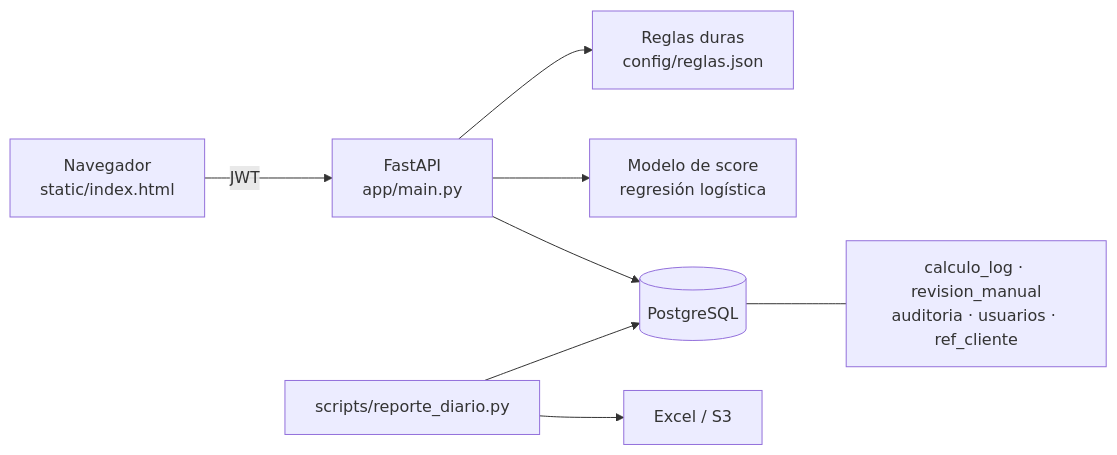
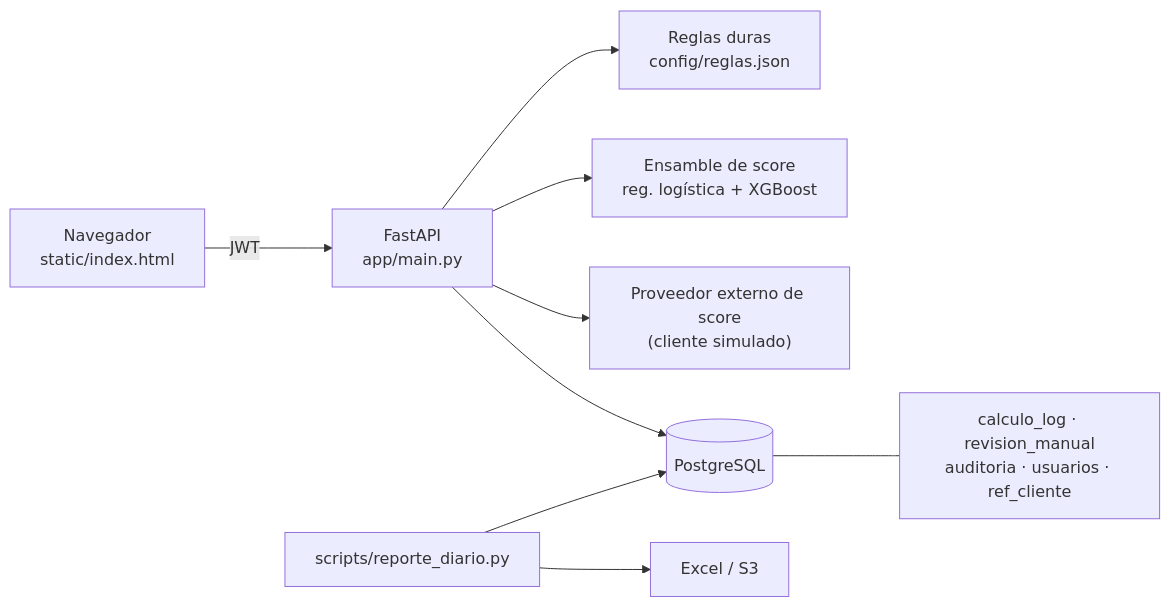
Before and after one commit to zikimoto-ds/calculadora-riesgo-demo: the diagram in README.md, drawn with Mermaid. The commit also changed other lines of this file and 16 other files, not shown here.

````diff
--- a/README.md
+++ b/README.md
@@ -18,10 +20,11 @@
 ```mermaid
 flowchart LR
   A["Navegador<br/>static/index.html"] -->|JWT| B["FastAPI<br/>app/main.py"]
   B --> C["Reglas duras<br/>config/reglas.json"]
-  B --> D["Modelo de score<br/>regresión logística"]
+  B --> D["Ensamble de score<br/>reg. logística + XGBoost"]
+  B --> X["Proveedor externo de score<br/>(cliente simulado)"]
   B --> E[("PostgreSQL")]
   E --- F["calculo_log · revision_manual<br/>auditoria · usuarios · ref_cliente"]
   G["scripts/reporte_diario.py"] --> E
   G --> H["Excel / S3"]
 ```
````
